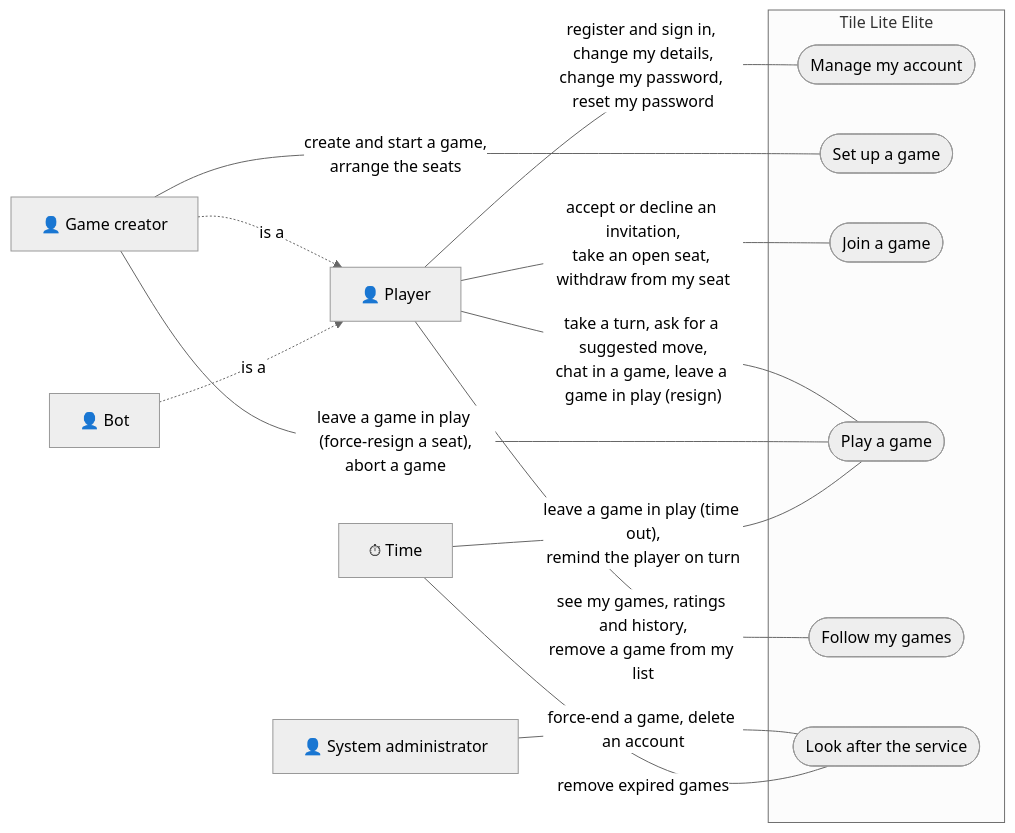
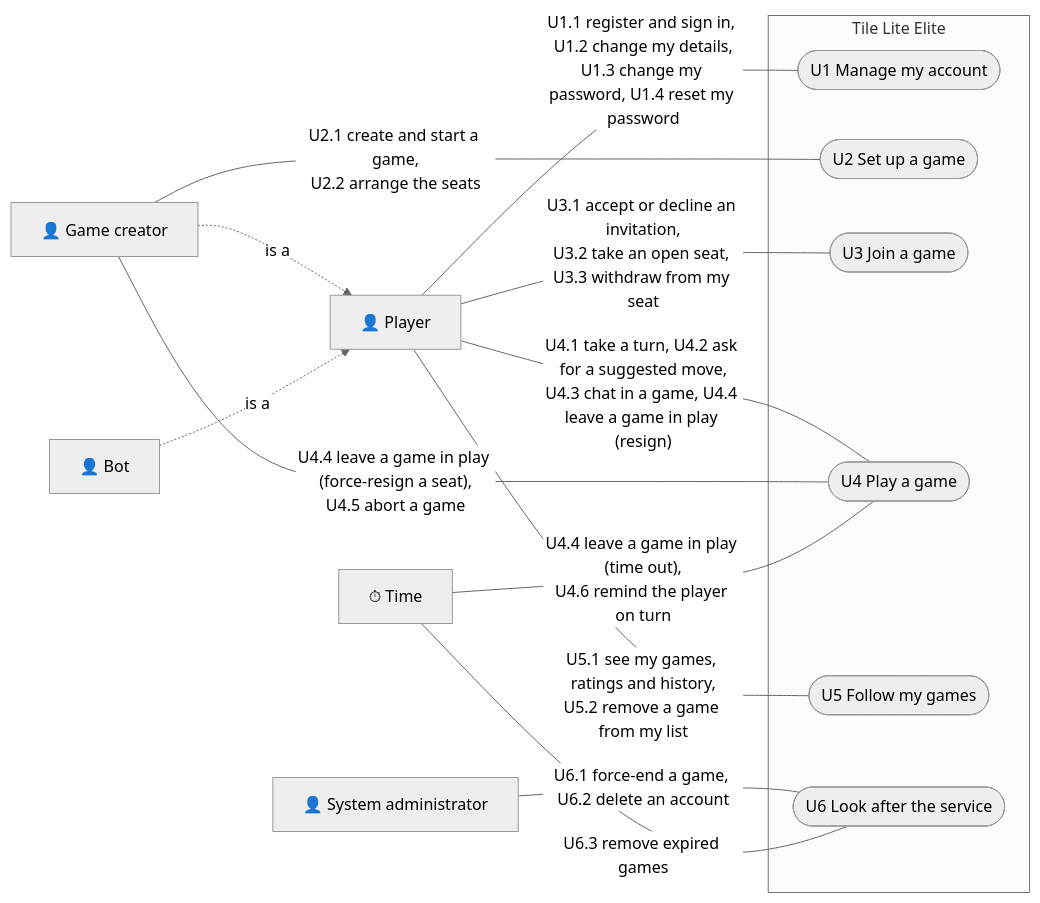
The first of 29 diagrams in docs/changes/workstreams/application-game-architecture/71-one-game-model/71-functional.md (delphside/programme), drawn with Mermaid (neutral theme) before and after one commit. The commit also changed other lines of this file and 1 other file, not shown here.

````diff
--- a/docs/changes/workstreams/application-game-architecture/71-one-game-model/71-functional.md
+++ b/docs/changes/workstreams/application-game-architecture/71-one-game-model/71-functional.md
@@ -26,30 +26,30 @@
 ```mermaid
 flowchart LR
   player["👤 Player"]
   creator["👤 Game creator"]
   bot["👤 Bot"]
   admin["👤 System administrator"]
   time["⏱ Time"]
 
   creator -. "is a" .-> player
   bot -. "is a" .-> player
 
   subgraph service["Tile Lite Elite"]
-    account(["Manage my account"])
-    setup(["Set up a game"])
-    join(["Join a game"])
-    play(["Play a game"])
-    follow(["Follow my games"])
-    administer(["Look after the service"])
+    account(["U1 Manage my account"])
+    setup(["U2 Set up a game"])
+    join(["U3 Join a game"])
+    play(["U4 Play a game"])
+    follow(["U5 Follow my games"])
+    administer(["U6 Look after the service"])
   end
 
-  player -- "register and sign in, change my details,<br/>change my password, reset my password" --- account
-  creator -- "create and start a game,<br/>arrange the seats" --- setup
-  player -- "accept or decline an invitation,<br/>take an open seat, withdraw from my seat" --- join
-  player -- "take a turn, ask for a suggested move,<br/>chat in a game, leave a game in play (resign)" --- play
-  creator -- "leave a game in play (force-resign a seat),<br/>abort a game" --- play
-  time -- "leave a game in play (time out),<br/>remind the player on turn" --- play
-  player -- "see my games, ratings and history,<br/>remove a game from my list" --- follow
-  admin -- "force-end a game, delete an account" --- administer
-  time -- "remove expired games" --- administer
+  player -- "U1.1 register and sign in, U1.2 change my details,<br/>U1.3 change my password, U1.4 reset my password" --- account
+  creator -- "U2.1 create and start a game,<br/>U2.2 arrange the seats" --- setup
+  player -- "U3.1 accept or decline an invitation,<br/>U3.2 take an open seat, U3.3 withdraw from my seat" --- join
+  player -- "U4.1 take a turn, U4.2 ask for a suggested move,<br/>U4.3 chat in a game, U4.4 leave a game in play (resign)" --- play
+  creator -- "U4.4 leave a game in play (force-resign a seat),<br/>U4.5 abort a game" --- play
+  time -- "U4.4 leave a game in play (time out),<br/>U4.6 remind the player on turn" --- play
+  player -- "U5.1 see my games, ratings and history,<br/>U5.2 remove a game from my list" --- follow
+  admin -- "U6.1 force-end a game, U6.2 delete an account" --- administer
+  time -- "U6.3 remove expired games" --- administer
 ```
````
